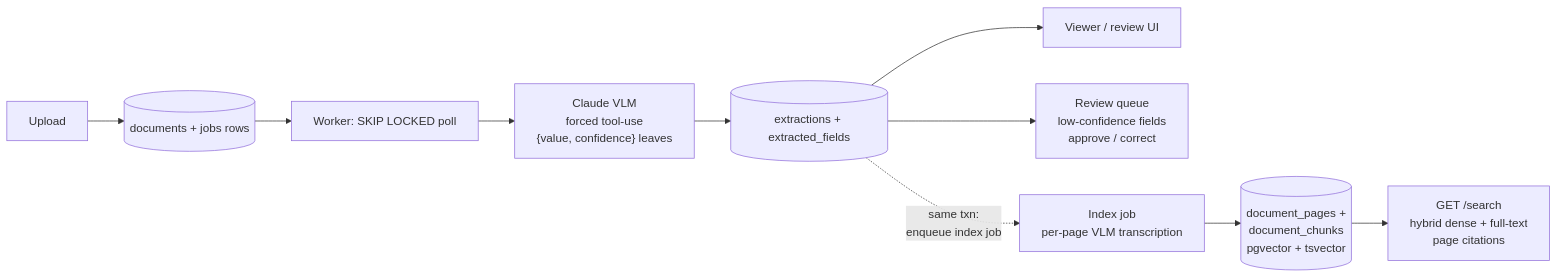
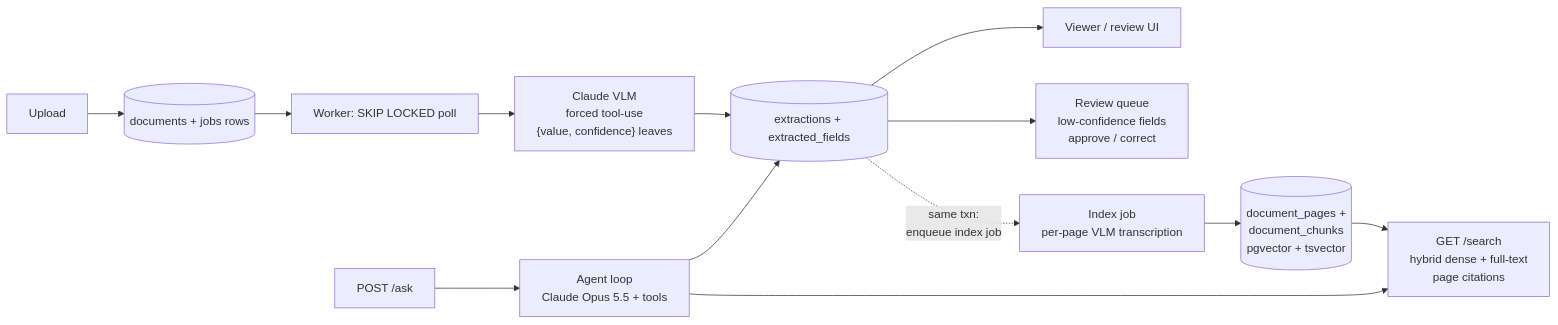
The diagram in README.md (Antheagao/doc-pilot), drawn with Mermaid before and after one commit. The commit also changed other lines of this file and 19 other files, not shown here.

````diff
--- a/README.md
+++ b/README.md
@@ -117,12 +118,15 @@
 ```mermaid
 flowchart LR
     U[Upload] --> D[(documents + jobs rows)]
     D --> W[Worker: SKIP LOCKED poll]
     W --> C["Claude VLM<br/>forced tool-use<br/>{value, confidence} leaves"]
     C --> E[(extractions + extracted_fields)]
     E --> V[Viewer / review UI]
     E --> R["Review queue<br/>low-confidence fields<br/>approve / correct"]
     E -. "same txn:<br/>enqueue index job" .-> I["Index job<br/>per-page VLM transcription"]
     I --> K[("document_pages +<br/>document_chunks<br/>pgvector + tsvector")]
     K --> S["GET /search<br/>hybrid dense + full-text<br/>page citations"]
+    Q["POST /ask"] --> A["Agent loop<br/>Claude Opus 5.5 + tools"]
+    A --> S
+    A --> E
 ```
````
